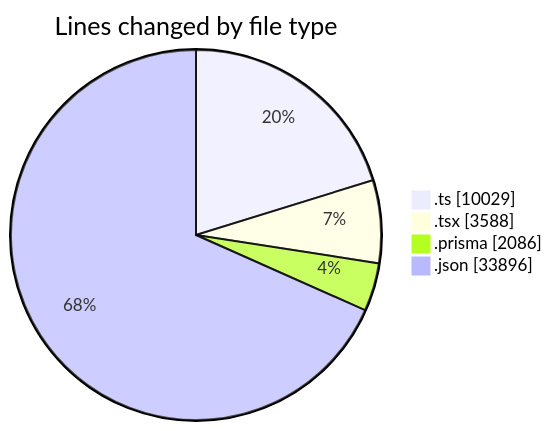
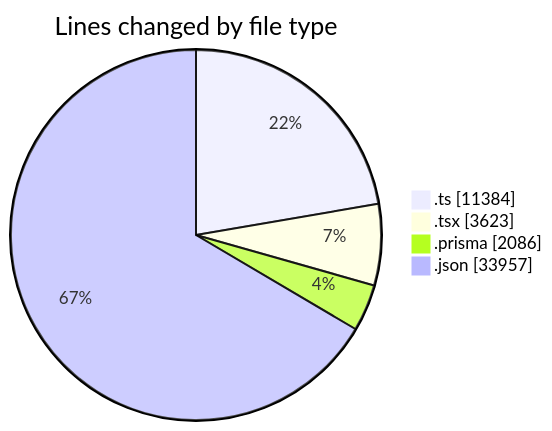
The first of 2 diagrams in 2025-05-19/ecodeli-1/README.md (CELIANVF/code-tracking), drawn with Mermaid before and after one commit. The commit also changed other lines of this file and 1 other file, not shown here.

````diff
--- a/2025-05-19/ecodeli-1/README.md
+++ b/2025-05-19/ecodeli-1/README.md
@@ -61,8 +63,8 @@
 ```mermaid
 pie showData
 title Lines changed by file type
-".ts" : 10029
-".tsx" : 3588
+".ts" : 11384
+".tsx" : 3623
 ".prisma" : 2086
-".json" : 33896
+".json" : 33957
 ```
````
